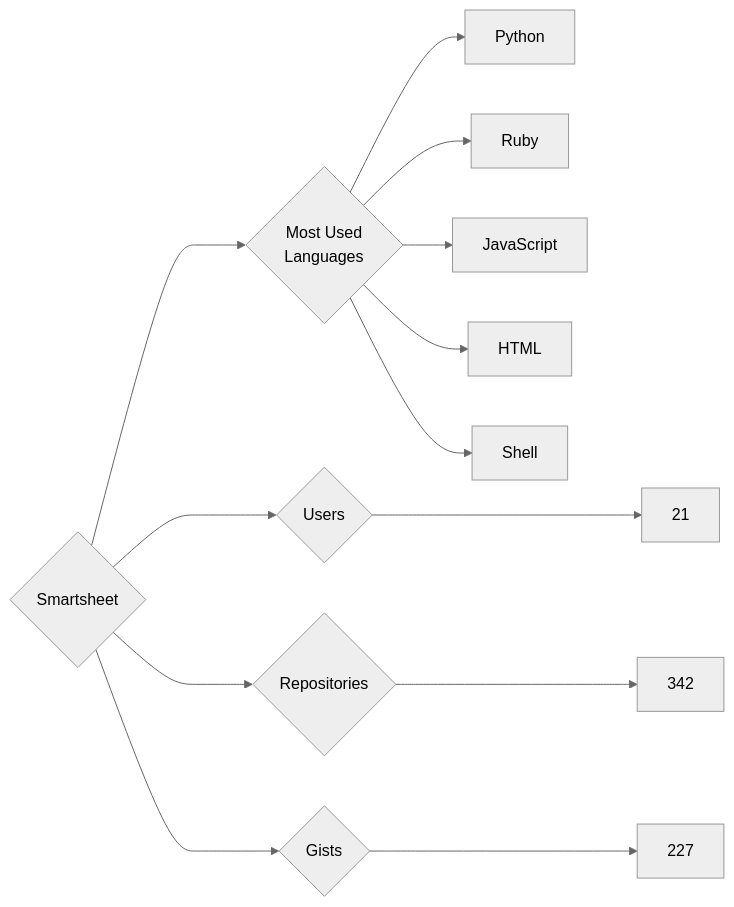
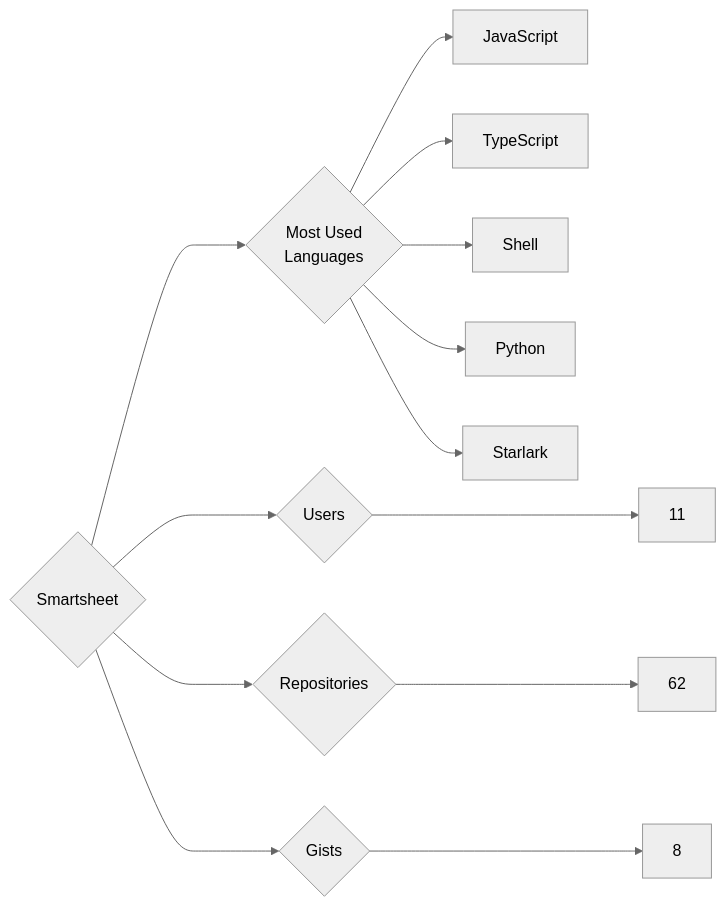
The diagram in targets/Smartsheet/README.md (trickest/insiders), drawn with Mermaid (neutral theme) before and after one commit. The commit also changed 955 other files, not shown here.

````diff
--- a/targets/Smartsheet/README.md
+++ b/targets/Smartsheet/README.md
@@ -3,13 +3,13 @@
 ```mermaid
 graph LR
 COMPANY_NAME{Smartsheet}
-COMPANY_NAME ---> U{Users} ---> UN[21]
-COMPANY_NAME ---> R{Repositories} ---> RN[342]
-COMPANY_NAME ---> G{Gists} ---> GN[227]
+COMPANY_NAME ---> U{Users} ---> UN[11]
+COMPANY_NAME ---> R{Repositories} ---> RN[62]
+COMPANY_NAME ---> G{Gists} ---> GN[8]
 COMPANY_NAME ---> ML{Most Used<br>Languages}
+ML --> JavaScript[JavaScript]
+ML --> TypeScript[TypeScript]
+ML --> Shell[Shell]
 ML --> Python[Python]
-ML --> Ruby[Ruby]
-ML --> JavaScript[JavaScript]
-ML --> HTML[HTML]
-ML --> Shell[Shell]
+ML --> Starlark[Starlark]
 ```
````
